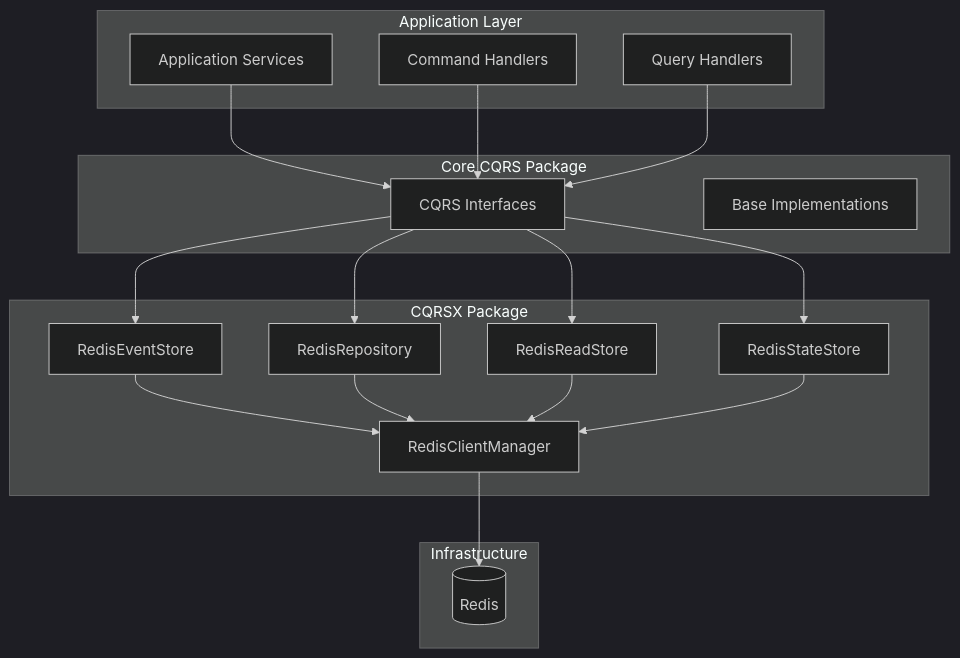
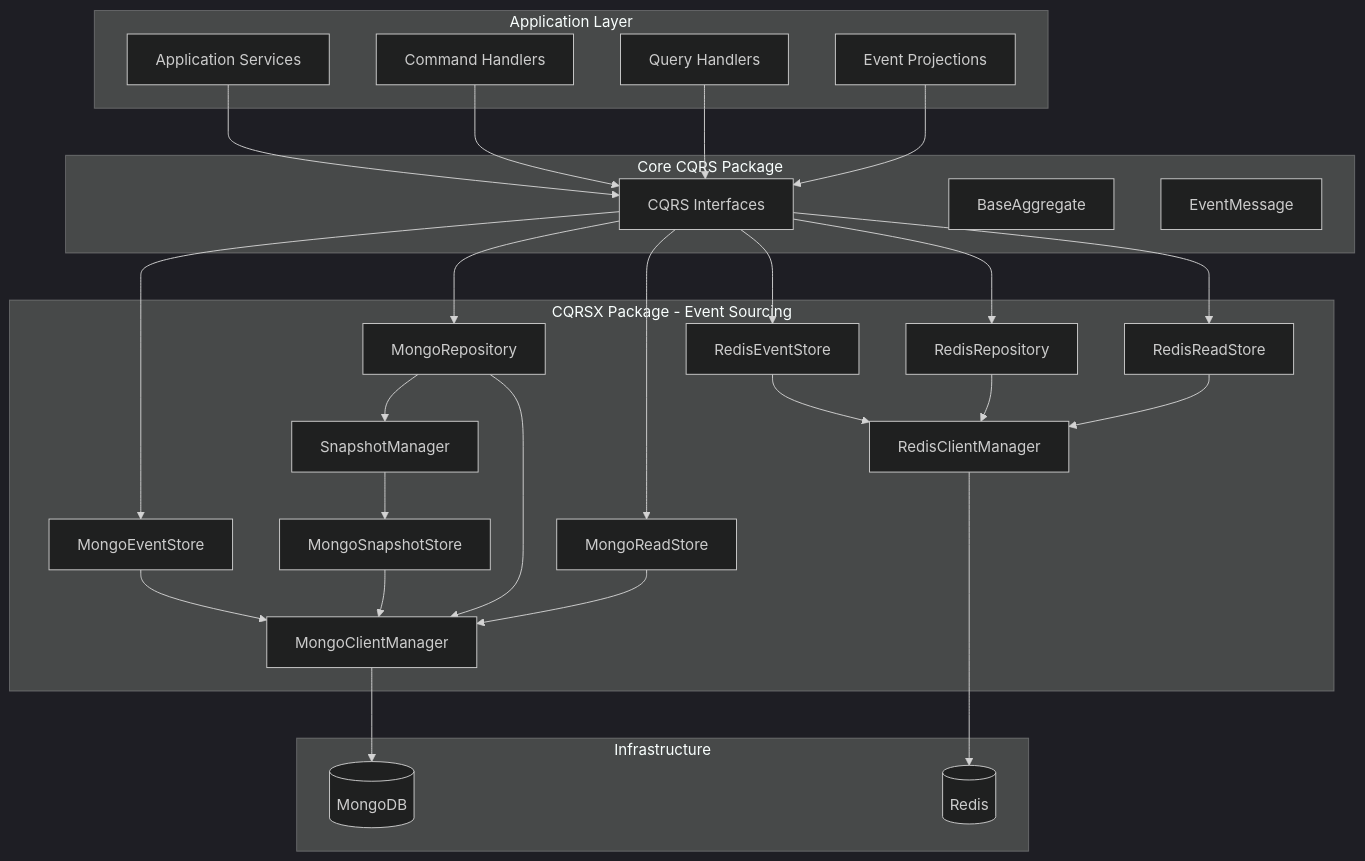
One commit to homveloper/defense-allies-server changed the diagram in server/pkg/cqrs/cqrsx/README.md. Above: the diagram before and after it, drawn with Mermaid (dark theme). The commit also changed other lines of this file and 62 other files, not shown here.

````diff
--- a/server/pkg/cqrs/cqrsx/README.md
+++ b/server/pkg/cqrs/cqrsx/README.md
@@ -361,41 +365,64 @@
 ```mermaid
 graph TB
     subgraph "Application Layer"
         APP[Application Services]
         CMD[Command Handlers]
         QRY[Query Handlers]
+        PROJ[Event Projections]
     end
-    
+
     subgraph "Core CQRS Package"
         INTERFACES[CQRS Interfaces]
-        BASE[Base Implementations]
+        BASE[BaseAggregate]
+        EVENTS[EventMessage]
     end
-    
-    subgraph "CQRSX Package"
+
+    subgraph "CQRSX Package - Event Sourcing"
+        MONGO_CLIENT[MongoClientManager]
         REDIS_CLIENT[RedisClientManager]
+
+        MONGO_EVENT[MongoEventStore]
         REDIS_EVENT[RedisEventStore]
+
+        MONGO_SNAP[MongoSnapshotStore]
+        SNAP_MGR[SnapshotManager]
+
+        MONGO_REPO[MongoRepository]
         REDIS_REPO[RedisRepository]
+
+        MONGO_READ[MongoReadStore]
         REDIS_READ[RedisReadStore]
-        REDIS_STATE[RedisStateStore]
     end
-    
+
     subgraph "Infrastructure"
+        MONGO[(MongoDB)]
         REDIS[(Redis)]
     end
-    
+
     APP --> INTERFACES
     CMD --> INTERFACES
     QRY --> INTERFACES
-    
+    PROJ --> INTERFACES
+
+    INTERFACES --> MONGO_EVENT
     INTERFACES --> REDIS_EVENT
+    INTERFACES --> MONGO_REPO
     INTERFACES --> REDIS_REPO
+    INTERFACES --> MONGO_READ
     INTERFACES --> REDIS_READ
-    INTERFACES --> REDIS_STATE
-    
+
+    MONGO_EVENT --> MONGO_CLIENT
+    MONGO_SNAP --> MONGO_CLIENT
+    MONGO_REPO --> MONGO_CLIENT
+    MONGO_READ --> MONGO_CLIENT
+
     REDIS_EVENT --> REDIS_CLIENT
     REDIS_REPO --> REDIS_CLIENT
     REDIS_READ --> REDIS_CLIENT
-    REDIS_STATE --> REDIS_CLIENT
-    
+
+    SNAP_MGR --> MONGO_SNAP
+    MONGO_REPO --> SNAP_MGR
+
+    MONGO_CLIENT --> MONGO
     REDIS_CLIENT --> REDIS
 ```
````
